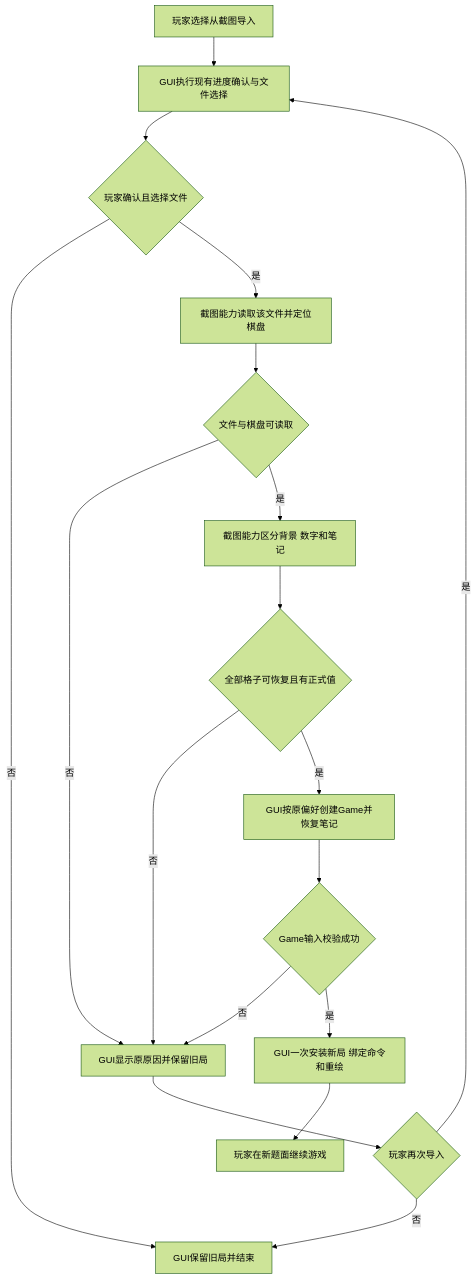
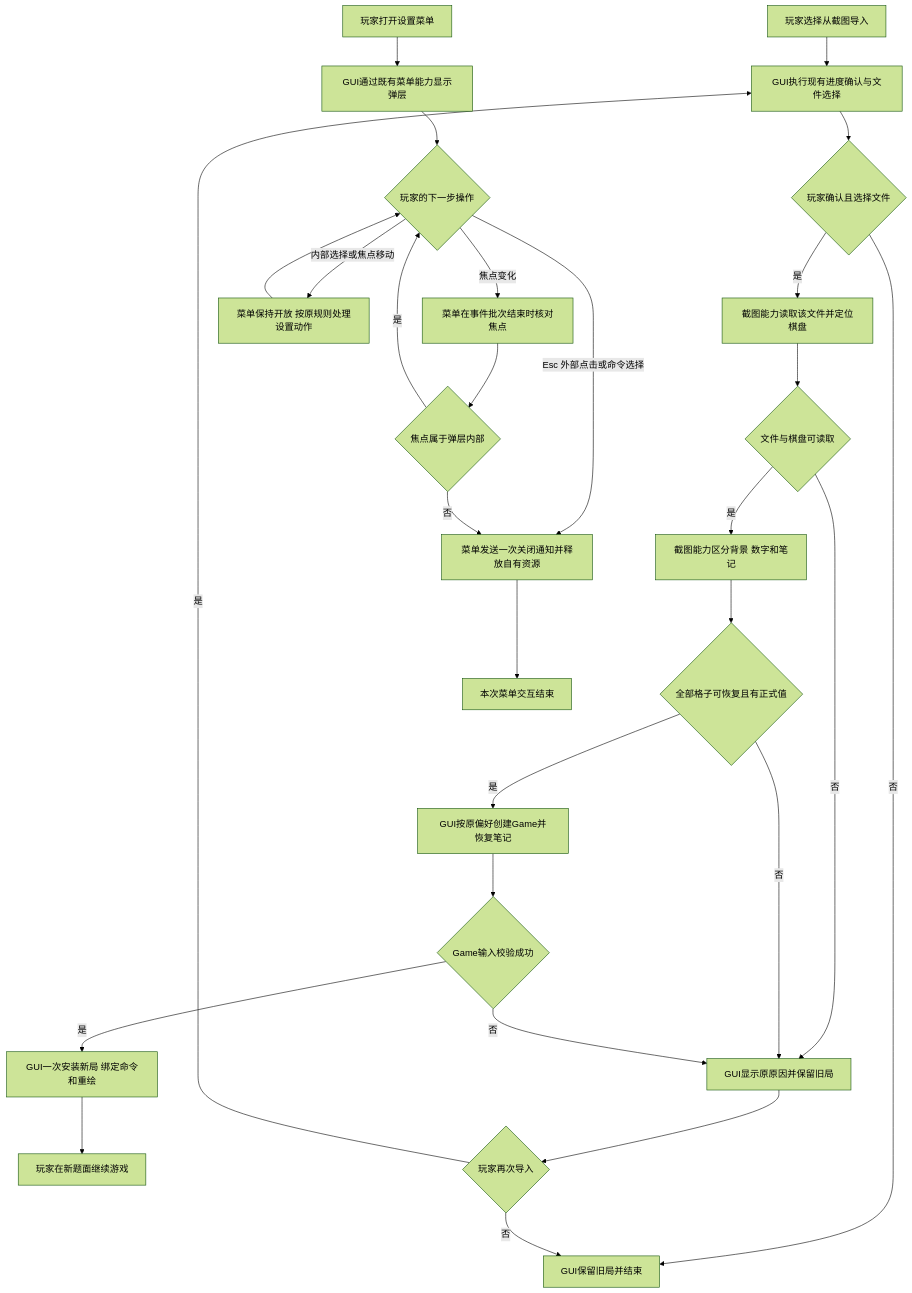
Before and after one commit to jaried/shudu: the first of 3 diagrams in docs/01_sprint记录/sprint01/00-联合方案决策/2026-10-07/截图导入联合方案决策草案.md, drawn with Mermaid (forest theme). The commit also changed other lines of this file and 2 other files, not shown here.

````diff
--- a/docs/01_sprint记录/sprint01/00-联合方案决策/2026-10-07/截图导入联合方案决策草案.md
+++ b/docs/01_sprint记录/sprint01/00-联合方案决策/2026-10-07/截图导入联合方案决策草案.md
@@ -210,20 +210,30 @@
 ```mermaid
 flowchart TD
   A[玩家选择从截图导入] --> B[GUI执行现有进度确认与文件选择]
   B --> C{玩家确认且选择文件}
   C -- 否 --> K[GUI保留旧局并结束]
   C -- 是 --> D[截图能力读取该文件并定位棋盘]
   D --> E{文件与棋盘可读取}
   E -- 否 --> X[GUI显示原原因并保留旧局]
   E -- 是 --> F[截图能力区分背景 数字和笔记]
   F --> G{全部格子可恢复且有正式值}
   G -- 否 --> X
   G -- 是 --> H[GUI按原偏好创建Game并恢复笔记]
   H --> I{Game输入校验成功}
   I -- 否 --> X
   I -- 是 --> J[GUI一次安装新局 绑定命令和重绘]
   J --> L[玩家在新题面继续游戏]
   X --> M{玩家再次导入}
   M -- 是 --> B
   M -- 否 --> K
+  A2[玩家打开设置菜单] --> B2[GUI通过既有菜单能力显示弹层]
+  B2 --> C2{玩家的下一步操作}
+  C2 -- 内部选择或焦点移动 --> D2[菜单保持开放 按原规则处理设置动作]
+  D2 --> C2
+  C2 -- Esc 外部点击或命令选择 --> E2[菜单发送一次关闭通知并释放自有资源]
+  C2 -- 焦点变化 --> G2[菜单在事件批次结束时核对焦点]
+  G2 --> H2{焦点属于弹层内部}
+  H2 -- 是 --> C2
+  H2 -- 否 --> E2
+  E2 --> F2[本次菜单交互结束]
 ```
````
